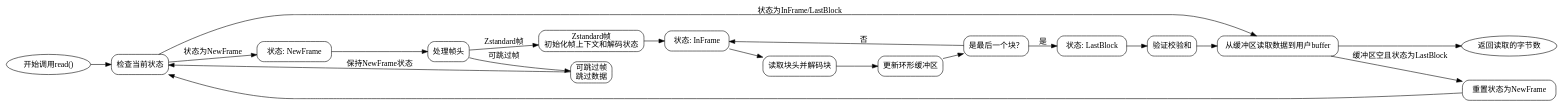
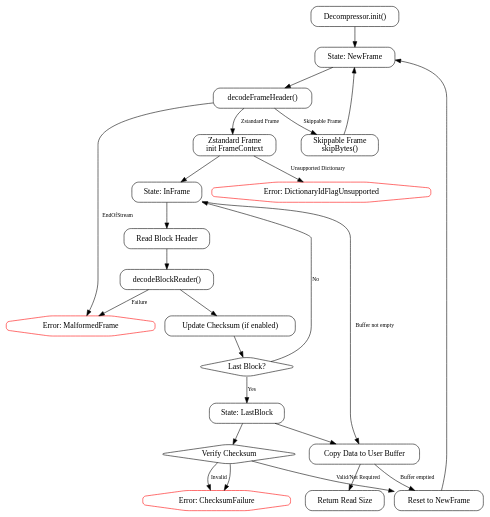
The diagram in dot_std/compress/zstandard.zig.Decompressor.md (sdzx-1/deepseek-zig-reader), drawn with Graphviz before and after one commit. The commit also changed other lines of this file and 236 other files, not shown here.

````diff
--- a/dot_std/compress/zstandard.zig.Decompressor.md
+++ b/dot_std/compress/zstandard.zig.Decompressor.md
@@ -28,41 +17,59 @@
 ```dot
-digraph DecompressorFlow {
-    rankdir=LR;
+digraph Decompressor {
     node [shape=rectangle, style=rounded];
+    edge [fontsize=10];
 
-    start [label="开始调用read()", shape=ellipse];
-    check_state [label="检查当前状态"];
-    new_frame [label="状态: NewFrame"];
-    process_frame_header [label="处理帧头"];
-    skippable_frame [label="可跳过帧\n跳过数据"];
-    zstandard_frame [label="Zstandard帧\n初始化帧上下文和解码状态"];
-    in_frame [label="状态: InFrame"];
-    read_block [label="读取块头并解码块"];
-    update_buffer [label="更新环形缓冲区"];
-    check_last_block [label="是最后一个块？"];
-    last_block [label="状态: LastBlock"];
-    verify_checksum [label="验证校验和"];
-    read_buffer [label="从缓冲区读取数据到用户buffer"];
-    reset_state [label="重置状态为NewFrame"];
-    end [label="返回读取的字节数", shape=ellipse];
+    start [label="Decompressor.init()"];
+    new_frame [label="State: NewFrame"];
+    decode_frame_header [label="decodeFrameHeader()"];
+    skippable_frame [label="Skippable Frame\nskipBytes()"];
+    zstandard_frame [label="Zstandard Frame\ninit FrameContext"];
+    in_frame [label="State: InFrame"];
+    read_block_header [label="Read Block Header"];
+    decode_block [label="decodeBlockReader()"];
+    update_checksum [label="Update Checksum (if enabled)"];
+    last_block_check [label="Last Block?";
+    shape=diamond];
+    last_block_state [label="State: LastBlock"];
+    verify_checksum [label="Verify Checksum";
+    shape=diamond];
+    reset_state [label="Reset to NewFrame"];
+    read_buffer [label="Copy Data to User Buffer"];
+    end [label="Return Read Size"];
 
-    start -> check_state;
-    check_state -> new_frame [label="状态为NewFrame"];
-    new_frame -> process_frame_header;
-    process_frame_header -> skippable_frame [label="可跳过帧"];
-    process_frame_header -> zstandard_frame [label="Zstandard帧"];
-    skippable_frame -> check_state [label="保持NewFrame状态"];
+    start -> new_frame;
+    new_frame -> decode_frame_header;
+    decode_frame_header -> skippable_frame [label="Skippable Frame"];
+    decode_frame_header -> zstandard_frame [label="Zstandard Frame"];
+    skippable_frame -> new_frame;
     zstandard_frame -> in_frame;
-    in_frame -> read_block;
-    read_block -> update_buffer;
-    update_buffer -> check_last_block;
-    check_last_block -> in_frame [label="否"];
-    check_last_block -> last_block [label="是"];
-    last_block -> verify_checksum;
-    verify_checksum -> read_buffer;
-    read_buffer -> reset_state [label="缓冲区空且状态为LastBlock"];
-    reset_state -> check_state;
-    check_state -> read_buffer [label="状态为InFrame/LastBlock"];
+    in_frame -> read_block_header;
+    read_block_header -> decode_block;
+    decode_block -> update_checksum;
+    update_checksum -> last_block_check;
+    last_block_check -> in_frame [label="No"];
+    last_block_check -> last_block_state [label="Yes"];
+    last_block_state -> verify_checksum;
+    verify_checksum -> reset_state [label="Valid/Not Required"];
+    verify_checksum -> error_checksum_failure [label="Invalid"];
+    reset_state -> new_frame;
+    in_frame -> read_buffer [label="Buffer not empty"];
     read_buffer -> end;
+    last_block_state -> read_buffer;
+    read_buffer -> reset_state [label="Buffer emptied"];
+
+    // Error nodes
+    error_checksum_failure [label="Error: ChecksumFailure";
+    shape=octagon, color=red];
+    error_malformed [label="Error: MalformedFrame";
+    shape=octagon, color=red];
+    error_unsupported [label="Error: DictionaryIdFlagUnsupported";
+    shape=octagon, color=red];
+
+    // Error edges
+    decode_frame_header -> error_malformed [label="EndOfStream"];
+    decode_block -> error_malformed [label="Failure"];
+    verify_checksum -> error_checksum_failure;
+    zstandard_frame -> error_unsupported [label="Unsupported Dictionary"];
 }
 ```
````
